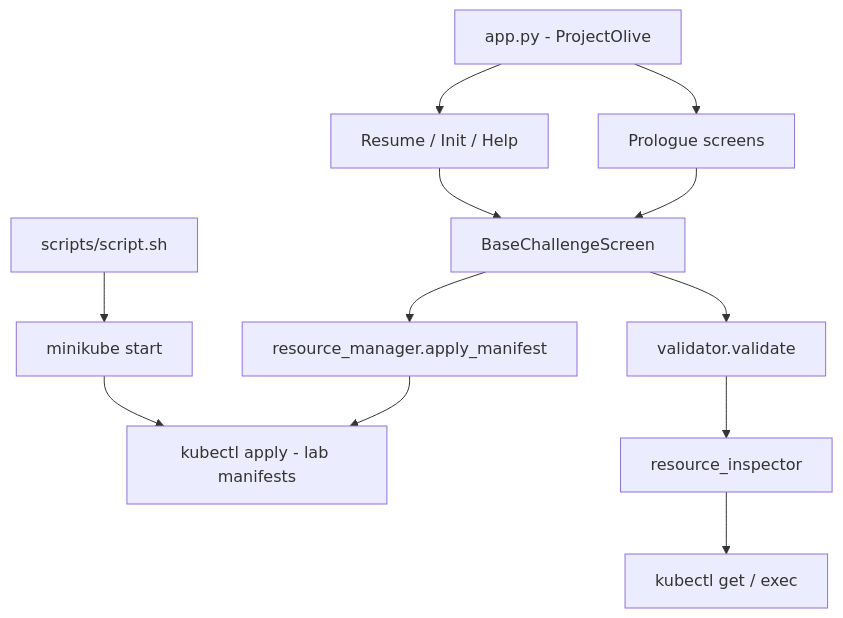
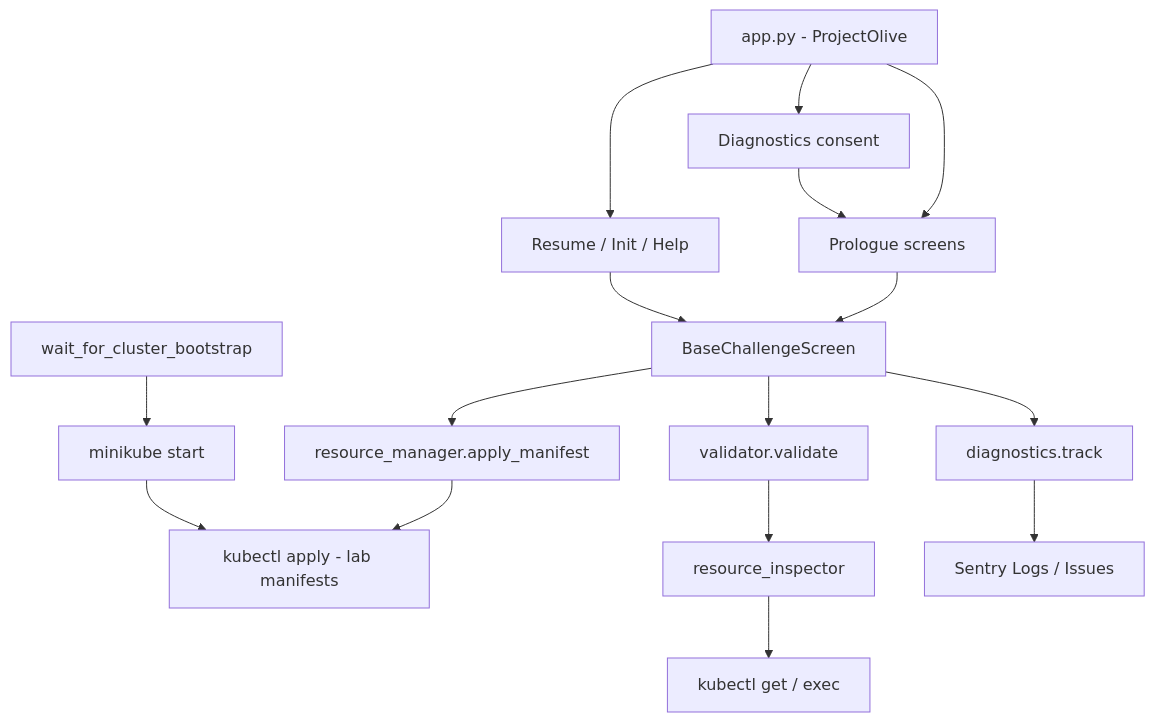
Before and after one commit to Anubhav9/Yellow-Olive: the diagram in docs/architecture.md, drawn with Mermaid. The commit also changed other lines of this file and 8 other files, not shown here.

````diff
--- a/docs/architecture.md
+++ b/docs/architecture.md
@@ -7,14 +7,18 @@
 ```mermaid
 flowchart TD
-    A[app.py - ProjectOlive] --> B[Prologue screens]
-    A --> C[Resume / Init / Help]
-    B --> D[BaseChallengeScreen]
-    C --> D
-    D --> E[resource_manager.apply_manifest]
-    D --> F[validator.validate]
-    E --> G[kubectl apply - lab manifests]
-    F --> H[resource_inspector]
-    H --> I[kubectl get / exec]
-    J[scripts/script.sh] --> K[minikube start]
-    K --> G
+    A[app.py - ProjectOlive] --> B[Diagnostics consent]
+    A --> C[Prologue screens]
+    A --> D[Resume / Init / Help]
+    B --> C
+    C --> E[BaseChallengeScreen]
+    D --> E
+    E --> F[resource_manager.apply_manifest]
+    E --> G[validator.validate]
+    E --> H[diagnostics.track]
+    F --> I[kubectl apply - lab manifests]
+    G --> J[resource_inspector]
+    J --> K[kubectl get / exec]
+    H --> L[Sentry Logs / Issues]
+    M[wait_for_cluster_bootstrap] --> N[minikube start]
+    N --> I
 ```
````
